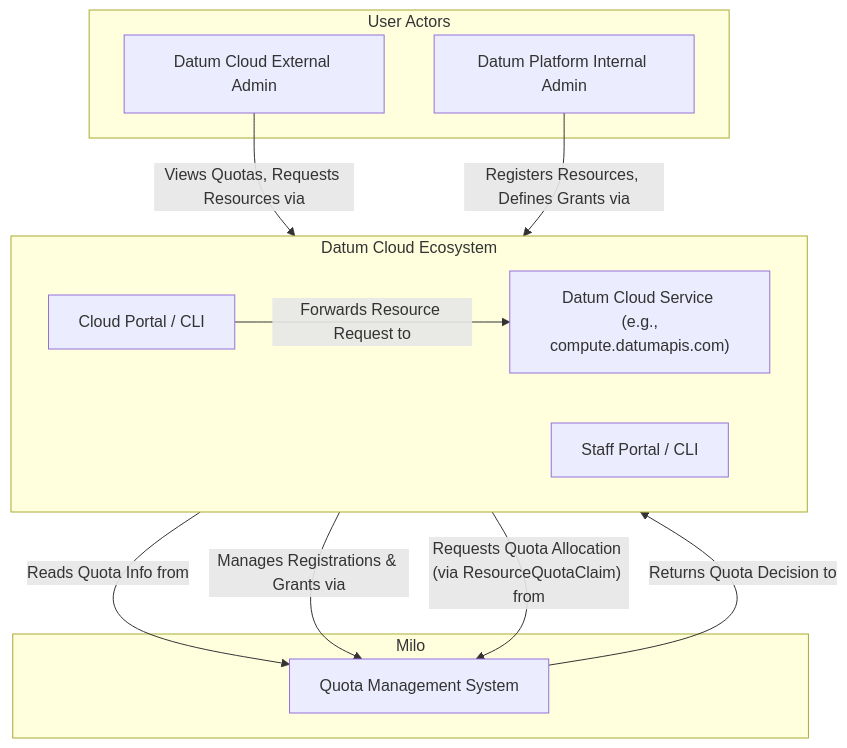
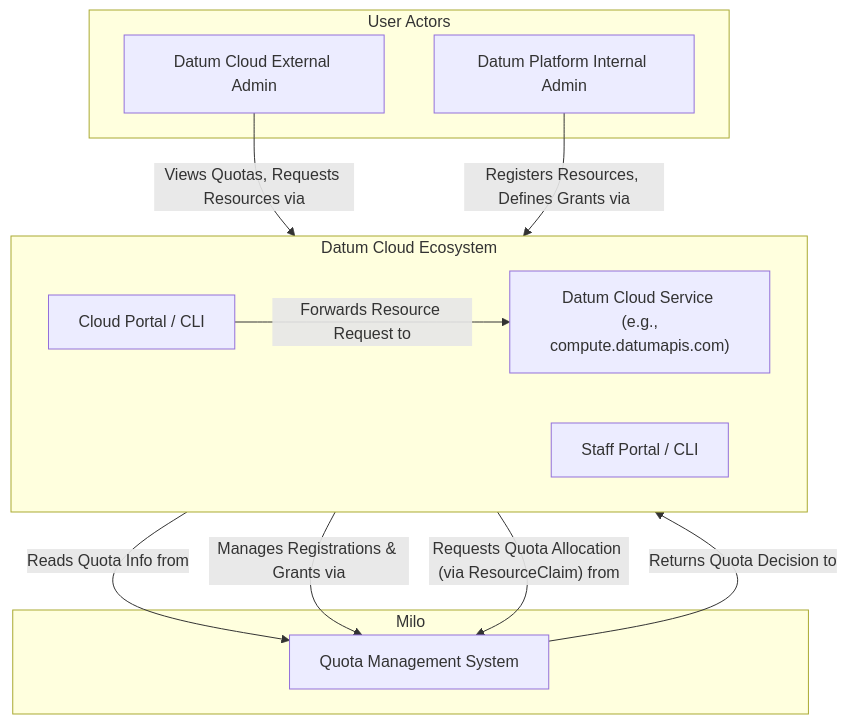
Before and after one commit to datum-cloud/enhancements: the first of 6 diagrams in enhancements/platform/quota-management/README.md, drawn with Mermaid. The commit also changed other lines of this file, not shown here.

Commit message:
chore(quota): updates glossary of main terminology

````diff
--- a/enhancements/platform/quota-management/README.md
+++ b/enhancements/platform/quota-management/README.md
@@ -1202,32 +1204,32 @@
 ```mermaid
 %% C1 - System Context Diagram: Milo Quota Management System
 graph TD
     subgraph User Actors
         ExternalAdmin["Datum Cloud External Admin"]
         DatumPlatformAdminEmployee["Datum Platform Internal Admin"]
     end
 
     subgraph DatumCloudEcosystem["Datum Cloud Ecosystem"]
         direction LR
         CloudPortalCLI["Cloud Portal / CLI"]
         StaffPortalCLI["Staff Portal / CLI"]
         PCPService["Datum Cloud Service <br/> (e.g., compute.datumapis.com)"]
     end
 
     subgraph MiloCentralServices ["Milo"]
         QuotaSystem["Quota Management System"]
     end
 
     %% External Admin interactions
     ExternalAdmin -- "Views Quotas, Requests Resources via" --> CloudPortalCLI
     CloudPortalCLI -- "Forwards Resource Request to" --> PCPService
     CloudPortalCLI -- "Reads Quota Info from" --> QuotaSystem
 
     %% Internal Admin interactions
     DatumPlatformAdminEmployee -- "Registers Resources, Defines Grants via" --> StaffPortalCLI
     StaffPortalCLI -- "Manages Registrations & Grants via" --> QuotaSystem
 
     %% System interactions
-    PCPService -- "Requests Quota Allocation (via ResourceQuotaClaim) from" --> QuotaSystem
+    PCPService -- "Requests Quota Allocation (via ResourceClaim) from" --> QuotaSystem
     QuotaSystem -- "Returns Quota Decision to" --> PCPService
 ```
````
